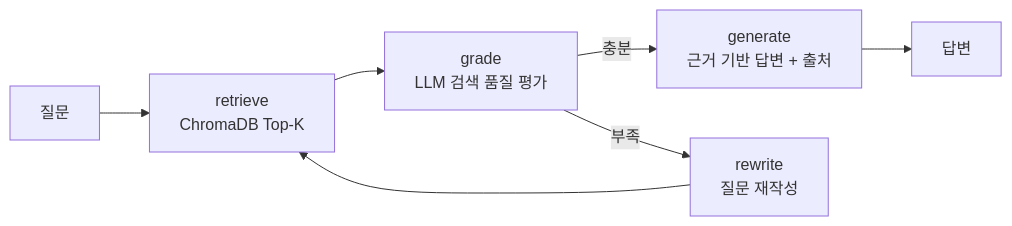
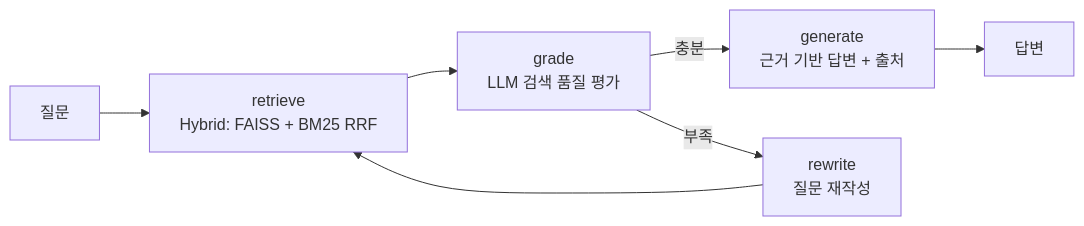
Before and after one commit to ckc5800/rag-agent: the diagram in README.md, drawn with Mermaid. The commit also changed other lines of this file and 1 other file, not shown here.

Commit message:
v4 eval: hybrid retrieval resolves keyword-query failures; document improvement history and known limitations

````diff
--- a/README.md
+++ b/README.md
@@ -10,9 +10,9 @@
 ```mermaid
 graph LR
-    Q[질문] --> R[retrieve<br/>ChromaDB Top-K]
+    Q[질문] --> R[retrieve<br/>Hybrid: FAISS + BM25 RRF]
     R --> G[grade<br/>LLM 검색 품질 평가]
     G -->|충분| GEN[generate<br/>근거 기반 답변 + 출처]
     G -->|부족| RW[rewrite<br/>질문 재작성]
     RW --> R
     GEN --> A[답변]
 ```
````
